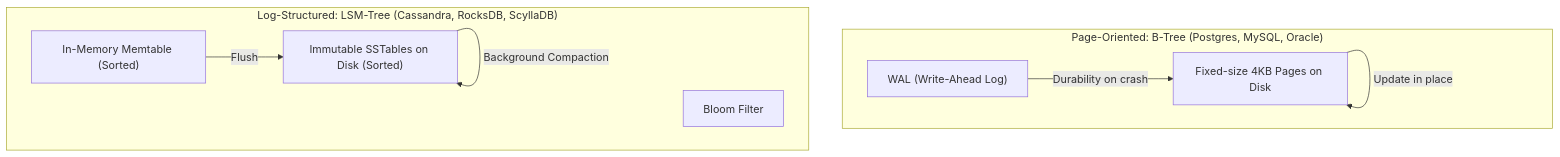
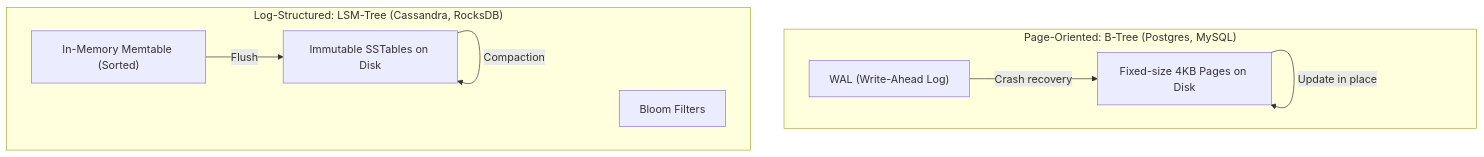
The fourth of 8 diagrams in content/blog/sql-vs-nosql-a-senior-engineers-guide.md (Shivanshu27/my-personal-website), drawn with Mermaid before and after one commit. The commit also changed other lines of this file and 4 other files, not shown here.

Commit message:
Fix Mermaid rendering, add single.html layout, and ensure latest posts sort by date

````diff
--- a/content/blog/sql-vs-nosql-a-senior-engineers-guide.md
+++ b/content/blog/sql-vs-nosql-a-senior-engineers-guide.md
@@ -127,16 +112,16 @@
 ```mermaid
 flowchart TD
-  subgraph BTree["Page-Oriented: B-Tree (Postgres, MySQL, Oracle)"]
+  subgraph BTree["Page-Oriented: B-Tree (Postgres, MySQL)"]
     BP["Fixed-size 4KB Pages on Disk"]
     BW["WAL (Write-Ahead Log)"]
     BP -->|Update in place| BP
-    BW -->|Durability on crash| BP
+    BW -->|Crash recovery| BP
   end
-  subgraph LSM["Log-Structured: LSM-Tree (Cassandra, RocksDB, ScyllaDB)"]
+  subgraph LSM["Log-Structured: LSM-Tree (Cassandra, RocksDB)"]
     MT["In-Memory Memtable (Sorted)"]
-    SST["Immutable SSTables on Disk (Sorted)"]
-    BF["Bloom Filter"]
+    SST["Immutable SSTables on Disk"]
+    BF["Bloom Filters"]
     MT -->|Flush| SST
-    SST -->|Background Compaction| SST
+    SST -->|Compaction| SST
   end
 ```
````
